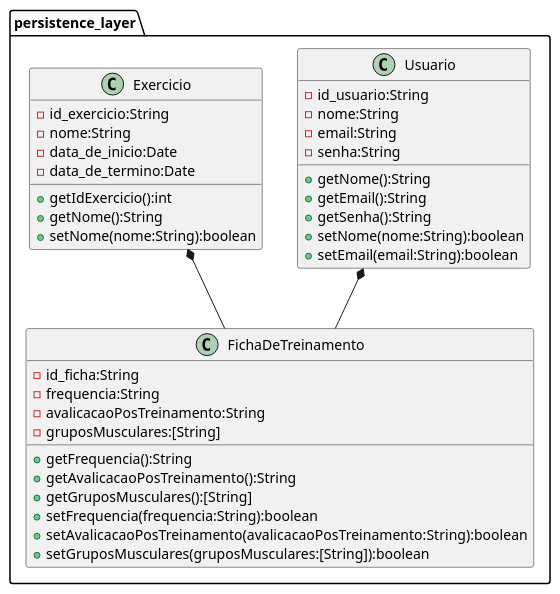
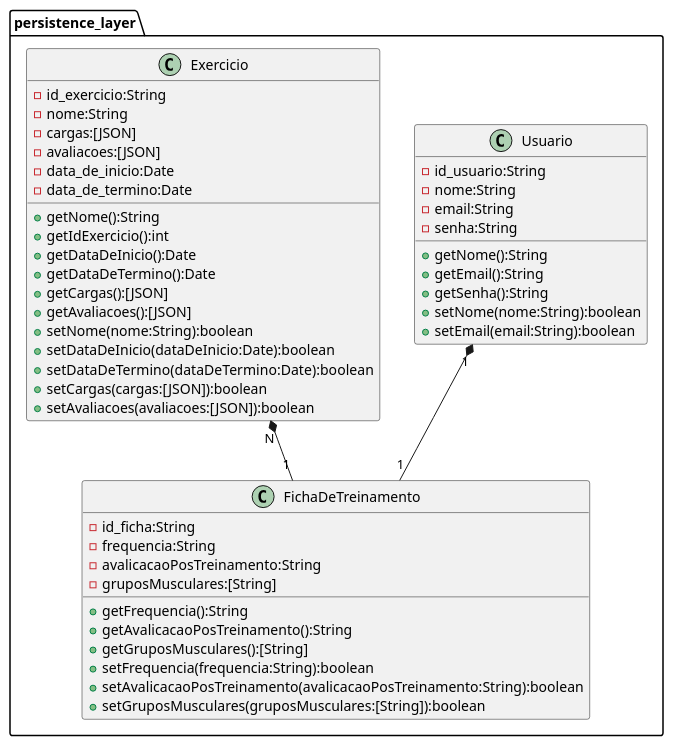
Before and after one commit to Josefreitas788/SistemaDeTreinamentosBasicos: the diagram in UML/persistence.pu, drawn with PlantUML.

Commit message:
:books:docs uptate in persistence uml file

```diff
--- a/UML/persistence.pu
+++ b/UML/persistence.pu
@@ -1,44 +1,55 @@
 @startuml
 package persistence_layer {
     class Usuario {
         -id_usuario:String
         -nome:String
         -email:String
         -senha:String
 
         +getNome():String
         +getEmail():String
         +getSenha():String
         +setNome(nome:String):boolean
         +setEmail(email:String):boolean
     }
 
     class FichaDeTreinamento {
         -id_ficha:String
         -frequencia:String
         -avalicacaoPosTreinamento:String
         -gruposMusculares:[String]
 
         +getFrequencia():String
         +getAvalicacaoPosTreinamento():String
         +getGruposMusculares():[String]
         +setFrequencia(frequencia:String):boolean
         +setAvalicacaoPosTreinamento(avalicacaoPosTreinamento:String):boolean
         +setGruposMusculares(gruposMusculares:[String]):boolean
     }
 
     class Exercicio {
         -id_exercicio:String
         -nome:String
+        -cargas:[JSON]
+        -avaliacoes:[JSON]
         -data_de_inicio:Date
         -data_de_termino:Date
 
+        +getNome():String
         +getIdExercicio():int
-        +getNome():String
+        +getDataDeInicio():Date
+        +getDataDeTermino():Date
+        +getCargas():[JSON]
+        +getAvaliacoes():[JSON]
         +setNome(nome:String):boolean
+        +setDataDeInicio(dataDeInicio:Date):boolean
+        +setDataDeTermino(dataDeTermino:Date):boolean
+        +setCargas(cargas:[JSON]):boolean
+        +setAvaliacoes(avaliacoes:[JSON]):boolean
     }
 
-    Exercicio *-- FichaDeTreinamento
-    Usuario *-- FichaDeTreinamento
+    
+    Exercicio "N" *-- "1" FichaDeTreinamento
+    Usuario "1" *-- "1" FichaDeTreinamento
 }
 @enduml
```
